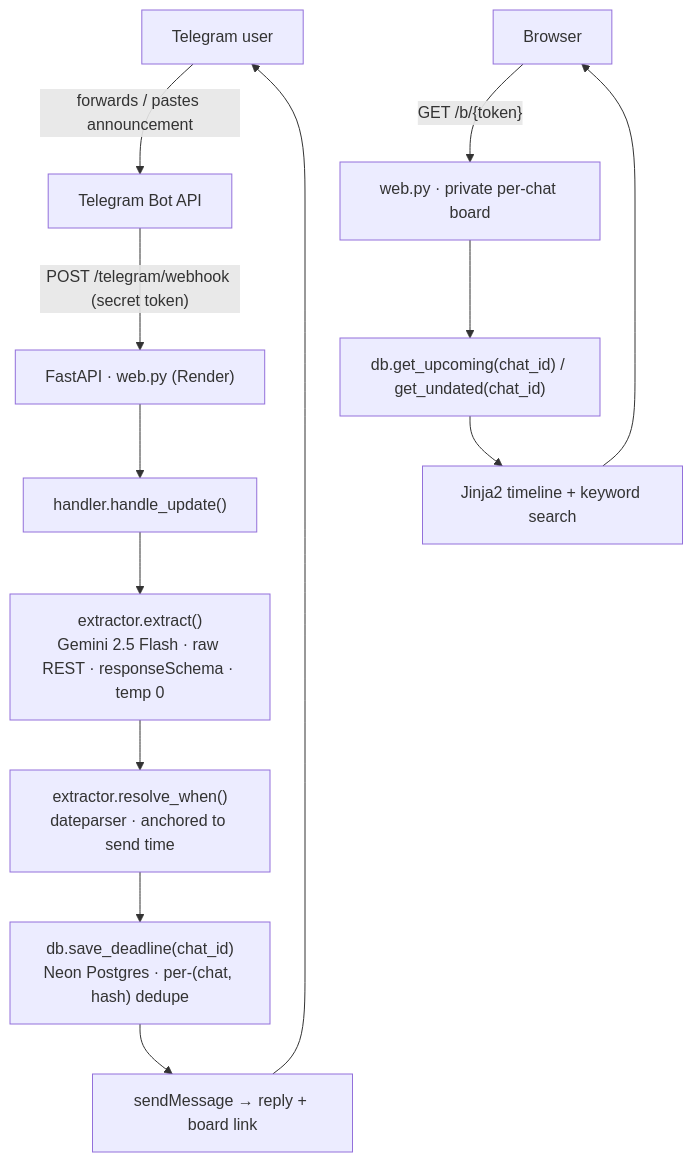
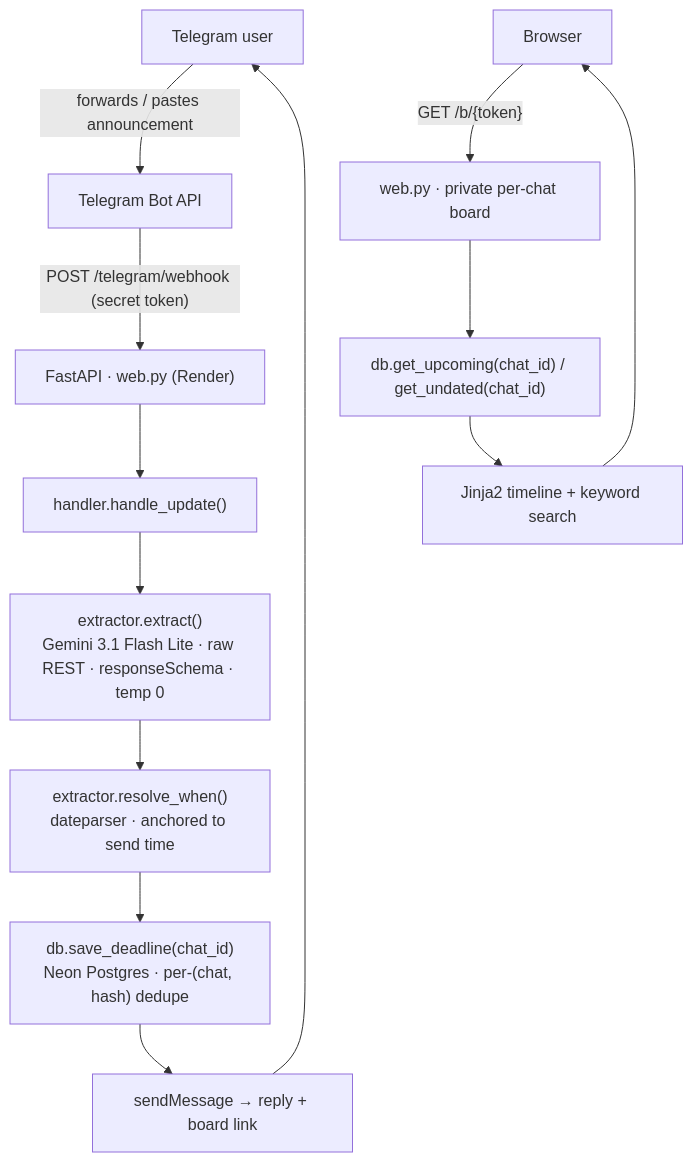
Before and after one commit to aimless-cupid/deadline-bot: the diagram in README.md, drawn with Mermaid. The commit also changed other lines of this file and 5 other files, not shown here.

````diff
--- a/README.md
+++ b/README.md
@@ -13,16 +13,16 @@
 ```mermaid
 flowchart TD
     U["Telegram user"] -->|"forwards / pastes announcement"| TG["Telegram Bot API"]
     TG -->|"POST /telegram/webhook (secret token)"| W["FastAPI · web.py (Render)"]
     W --> H["handler.handle_update()"]
-    H --> E["extractor.extract()<br/>Gemini 2.5 Flash · raw REST · responseSchema · temp 0"]
+    H --> E["extractor.extract()<br/>Gemini 3.1 Flash Lite · raw REST · responseSchema · temp 0"]
     E --> R["extractor.resolve_when()<br/>dateparser · anchored to send time"]
     R --> S["db.save_deadline(chat_id)<br/>Neon Postgres · per-(chat, hash) dedupe"]
     S --> RE["sendMessage → reply + board link"]
     RE --> U
 
     B["Browser"] -->|"GET /b/{token}"| D["web.py · private per-chat board"]
     D --> G["db.get_upcoming(chat_id) / get_undated(chat_id)"]
     G --> J["Jinja2 timeline + keyword search"]
     J --> B
 ```
````
